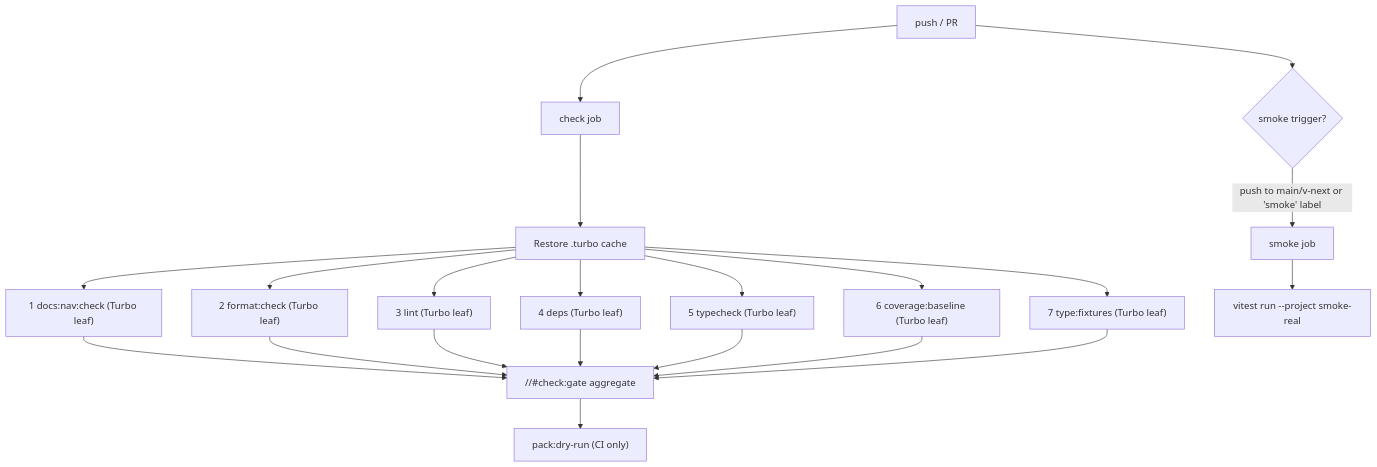
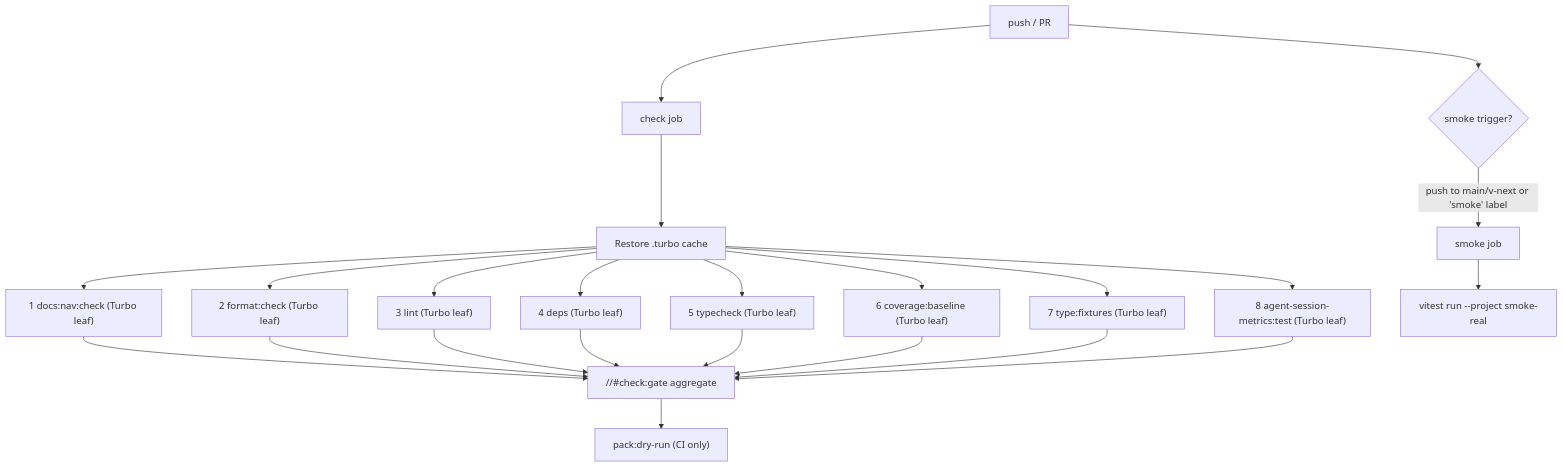
One commit to aryeko/agentic-workflow-kit changed the diagram in docs/engineering/check-gate.md. Above: the diagram before and after it, drawn with Mermaid. The commit also changed other lines of this file and 14 other files, not shown here.

Commit message:
fix: address session metrics review threads

````diff
--- a/docs/engineering/check-gate.md
+++ b/docs/engineering/check-gate.md
@@ -85,18 +86,19 @@
 ```mermaid
 flowchart TD
     A[push / PR] --> B[check job]
     B --> B_cache["Restore .turbo cache"]
     B_cache --> B0["1 docs:nav:check (Turbo leaf)"]
     B_cache --> B1["2 format:check (Turbo leaf)"]
     B_cache --> B2["3 lint (Turbo leaf)"]
     B_cache --> B3["4 deps (Turbo leaf)"]
     B_cache --> B4["5 typecheck (Turbo leaf)"]
     B_cache --> B5["6 coverage:baseline (Turbo leaf)"]
     B_cache --> B5b["7 type:fixtures (Turbo leaf)"]
-    B0 & B1 & B2 & B3 & B4 & B5 & B5b --> B6["//#check:gate aggregate"]
+    B_cache --> B5c["8 agent-session-metrics:test (Turbo leaf)"]
+    B0 & B1 & B2 & B3 & B4 & B5 & B5b & B5c --> B6["//#check:gate aggregate"]
     B6 --> B7["pack:dry-run (CI only)"]
 
     A --> C{smoke trigger?}
     C -->|push to main/v-next or 'smoke' label| D[smoke job]
     D --> D1["vitest run --project smoke-real"]
 ```
````
